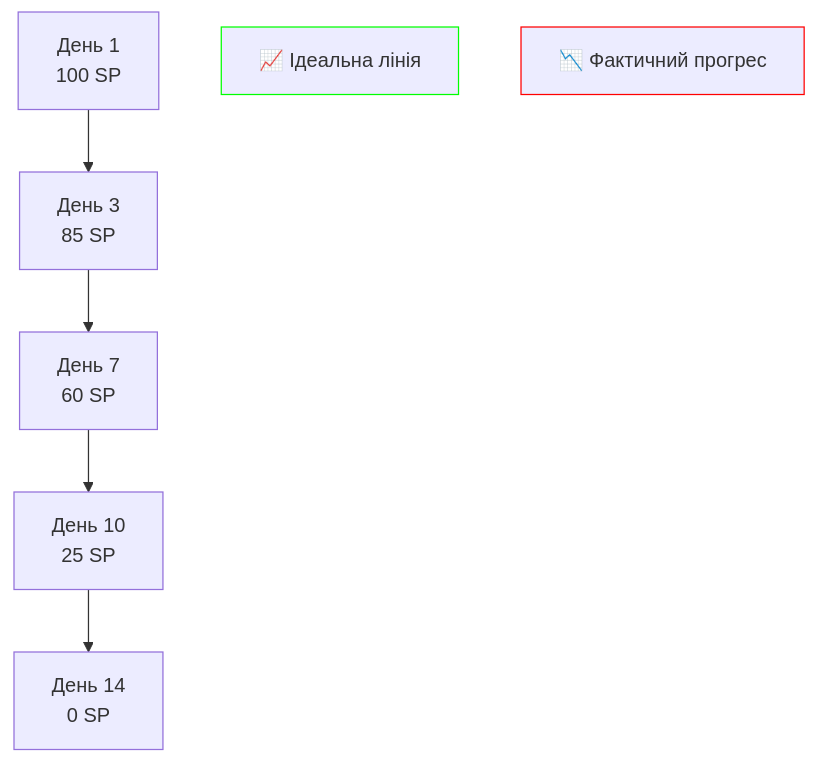
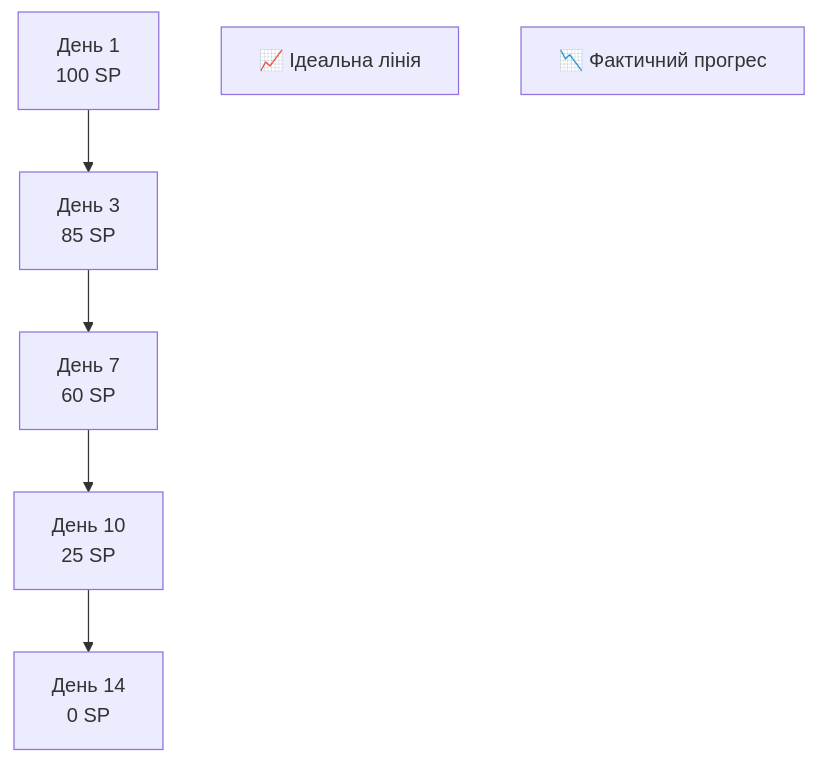
Diagram 14 of 15 in docs/presentations/presentation-05.md (olroi421/course-opi), drawn with Mermaid before and after one commit. The commit also changed other lines of this file, not shown here.

````diff
--- a/docs/presentations/presentation-05.md
+++ b/docs/presentations/presentation-05.md
@@ -469,13 +467,12 @@
 ```mermaid
 graph TD
     A[День 1<br/>100 SP] --> B[День 3<br/>85 SP]
     B --> C[День 7<br/>60 SP]
     C --> D[День 10<br/>25 SP]
     D --> E[День 14<br/>0 SP]
 
     F[📈 Ідеальна лінія]
     G[📉 Фактичний прогрес]
 
-    style F stroke:#00ff00
-    style G stroke:#ff0000
+
 ```
````
